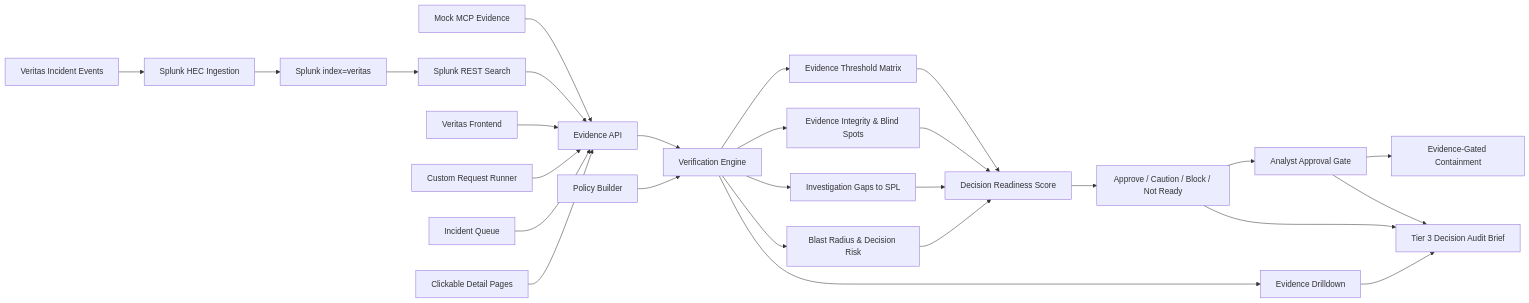
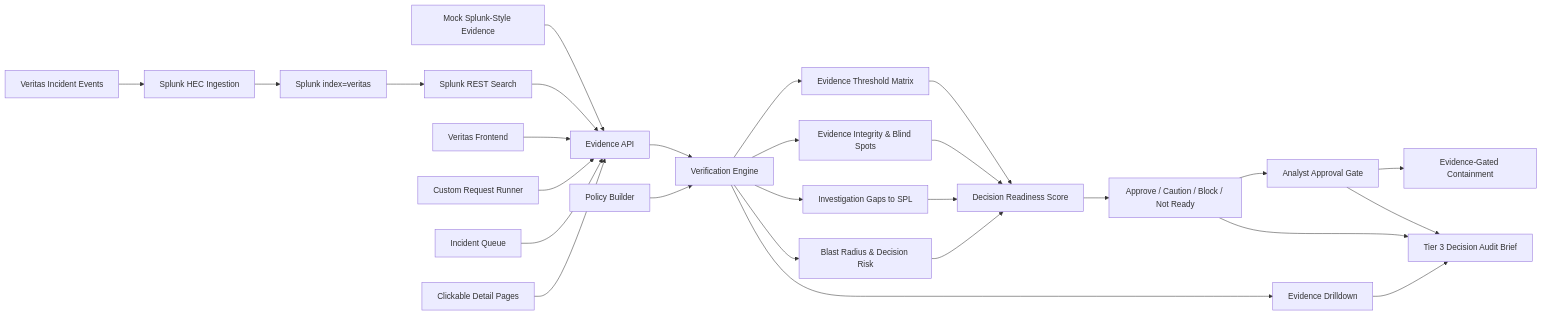
One commit to cyberrockng/splunk-veritas-ai changed the diagram in architecture_diagram.md. Above: the diagram before and after it, drawn with Mermaid. The commit also changed 8 other files, not shown here.

````diff
--- a/architecture_diagram.md
+++ b/architecture_diagram.md
@@ -3,29 +3,29 @@
 ```mermaid
 flowchart LR
   A["Veritas Incident Events"] --> B["Splunk HEC Ingestion"]
   B --> C["Splunk index=veritas"]
-  D["Mock MCP Evidence"] --> G["Evidence API"]
+  D["Mock Splunk-Style Evidence"] --> G["Evidence API"]
   C --> E["Splunk REST Search"]
   E --> G
   F["Veritas Frontend"] --> G
   S["Custom Request Runner"] --> G
   U["Incident Queue"] --> G
   V["Policy Builder"] --> H
   G --> H["Verification Engine"]
   H --> I["Evidence Threshold Matrix"]
   H --> J["Evidence Integrity & Blind Spots"]
   H --> K["Investigation Gaps to SPL"]
   H --> L["Blast Radius & Decision Risk"]
   H --> Q["Evidence Drilldown"]
   I --> M["Decision Readiness Score"]
   J --> M
   K --> M
   L --> M
   M --> N["Approve / Caution / Block / Not Ready"]
   N --> R["Analyst Approval Gate"]
   R --> O["Evidence-Gated Containment"]
   N --> P["Tier 3 Decision Audit Brief"]
   Q --> P
   R --> P
   T["Clickable Detail Pages"] --> G
 ```
````
